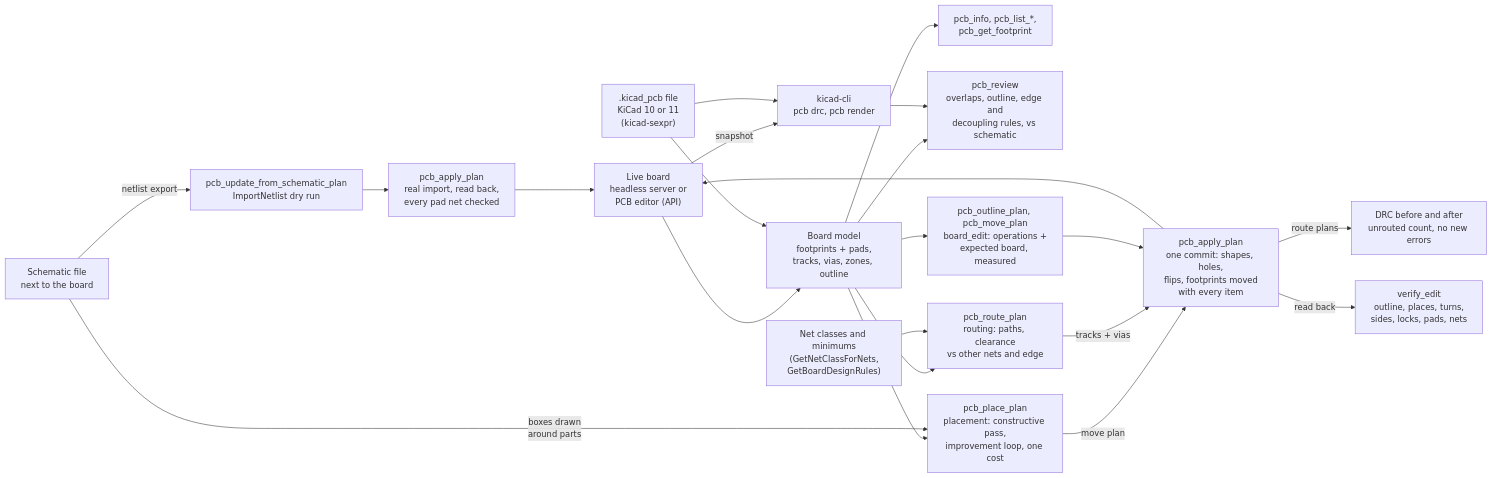
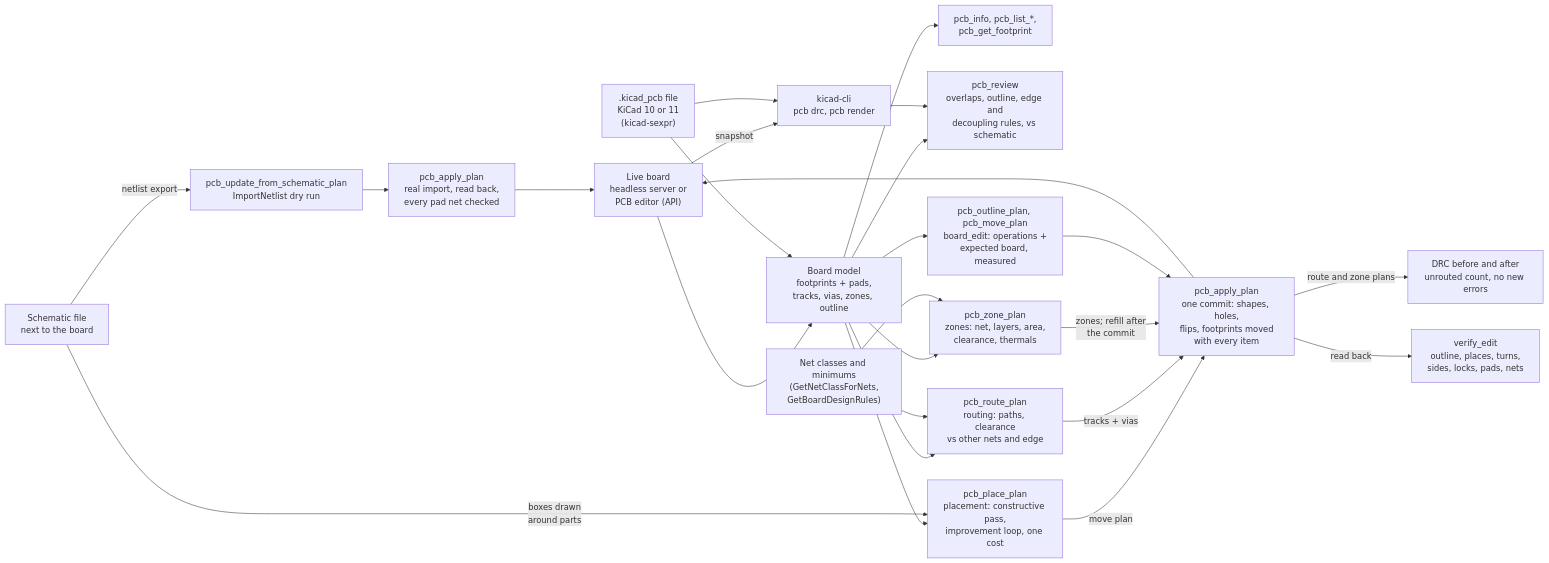
Diagram 11 of 12 in docs/architecture.md (bkrajendra/thingsvu-tools), drawn with Mermaid before and after one commit. The commit also changed other lines of this file and 15 other files, not shown here.

First line of the commit message:
Phase 12.6: pcb_zone_plan, copper pours with refill and DRC

````diff
--- a/docs/architecture.md
+++ b/docs/architecture.md
@@ -252,24 +252,27 @@
 ```mermaid
 flowchart LR
     LIVE["Live board<br/>headless server or<br/>PCB editor (API)"] --> MODEL["Board model<br/>footprints + pads,<br/>tracks, vias, zones, outline"]
     FILE[".kicad_pcb file<br/>KiCad 10 or 11<br/>(kicad-sexpr)"] --> MODEL
     MODEL --> READ["pcb_info, pcb_list_*,<br/>pcb_get_footprint"]
     MODEL --> REVIEW["pcb_review<br/>overlaps, outline, edge and<br/>decoupling rules, vs schematic"]
     LIVE -->|"snapshot"| CLI["kicad-cli<br/>pcb drc, pcb render"]
     FILE --> CLI
     CLI --> REVIEW
     SCH["Schematic file<br/>next to the board"] -->|"netlist export"| PLAN["pcb_update_from_schematic_plan<br/>ImportNetlist dry run"]
     PLAN --> APPLY["pcb_apply_plan<br/>real import, read back,<br/>every pad net checked"]
     APPLY --> LIVE
     MODEL --> EDIT["pcb_outline_plan, pcb_move_plan<br/>board_edit: operations +<br/>expected board, measured"]
     MODEL --> PLACE["pcb_place_plan<br/>placement: constructive pass,<br/>improvement loop, one cost"]
     SCH -->|"boxes drawn<br/>around parts"| PLACE
     PLACE -->|"move plan"| APPLYE
     MODEL --> ROUTE["pcb_route_plan<br/>routing: paths, clearance<br/>vs other nets and edge"]
     RULES["Net classes and minimums<br/>(GetNetClassForNets,<br/>GetBoardDesignRules)"] --> ROUTE
     ROUTE -->|"tracks + vias"| APPLYE
-    APPLYE -->|"route plans"| DRCBA["DRC before and after<br/>unrouted count, no new errors"]
+    MODEL --> ZONE["pcb_zone_plan<br/>zones: net, layers, area,<br/>clearance, thermals"]
+    RULES --> ZONE
+    ZONE -->|"zones; refill after<br/>the commit"| APPLYE
+    APPLYE -->|"route and zone plans"| DRCBA["DRC before and after<br/>unrouted count, no new errors"]
     EDIT --> APPLYE["pcb_apply_plan<br/>one commit: shapes, holes,<br/>flips, footprints moved<br/>with every item"]
     APPLYE --> LIVE
     APPLYE -->|"read back"| VERIFY["verify_edit<br/>outline, places, turns,<br/>sides, locks, pads, nets"]
 ```
````
